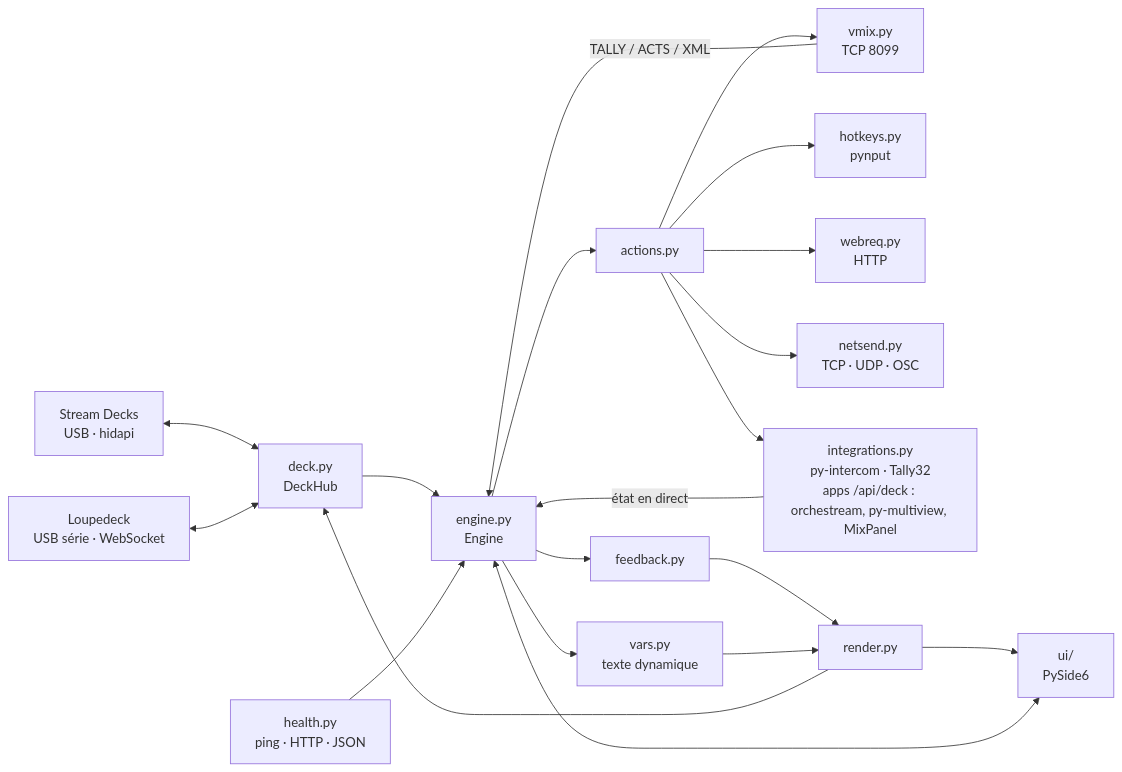
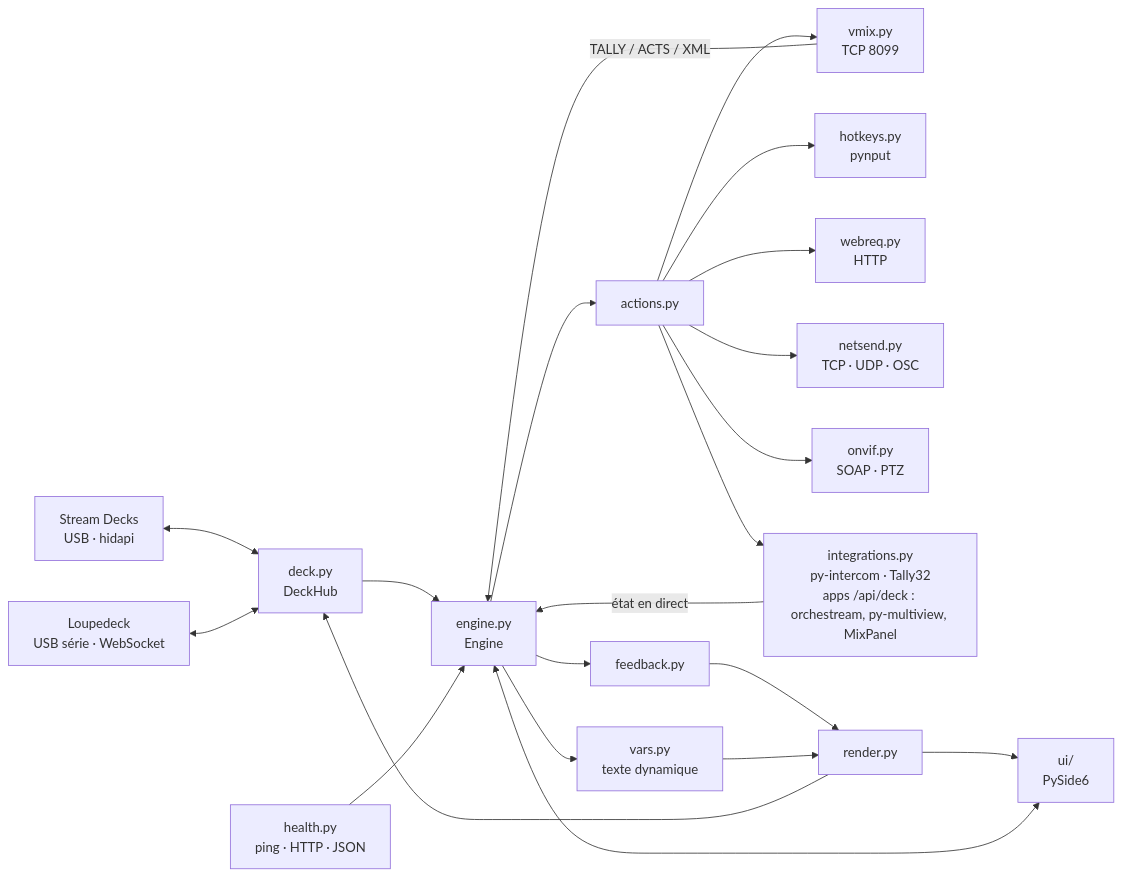
The diagram in docs/architecture.md (lfpoulain/py-livedeck), drawn with Mermaid before and after one commit. The commit also changed other lines of this file and 15 other files, not shown here.

First line of the commit message:
Caméras ONVIF (PTZ) et PTZ de vMix

````diff
--- a/docs/architecture.md
+++ b/docs/architecture.md
@@ -7,19 +7,20 @@
 ```mermaid
 flowchart LR
     SD[Stream Decks<br/>USB · hidapi] <--> DM[deck.py<br/>DeckHub]
     LD[Loupedeck<br/>USB série · WebSocket] <--> DM
     DM --> E[engine.py<br/>Engine]
     UI[ui/<br/>PySide6] <--> E
     E --> A[actions.py]
     A --> VX[vmix.py<br/>TCP 8099]
     A --> HK[hotkeys.py<br/>pynput]
     A --> WR[webreq.py<br/>HTTP]
     A --> NS[netsend.py<br/>TCP · UDP · OSC]
+    A --> OV[onvif.py<br/>SOAP · PTZ]
     A --> IN[integrations.py<br/>py-intercom · Tally32<br/>apps /api/deck : orchestream, py-multiview, MixPanel]
     VX -- TALLY / ACTS / XML --> E
     IN -- état en direct --> E
     HL[health.py<br/>ping · HTTP · JSON] --> E
     E --> FB[feedback.py] --> R[render.py] --> DM
     E --> VA[vars.py<br/>texte dynamique] --> R
     R --> UI
 ```
````
